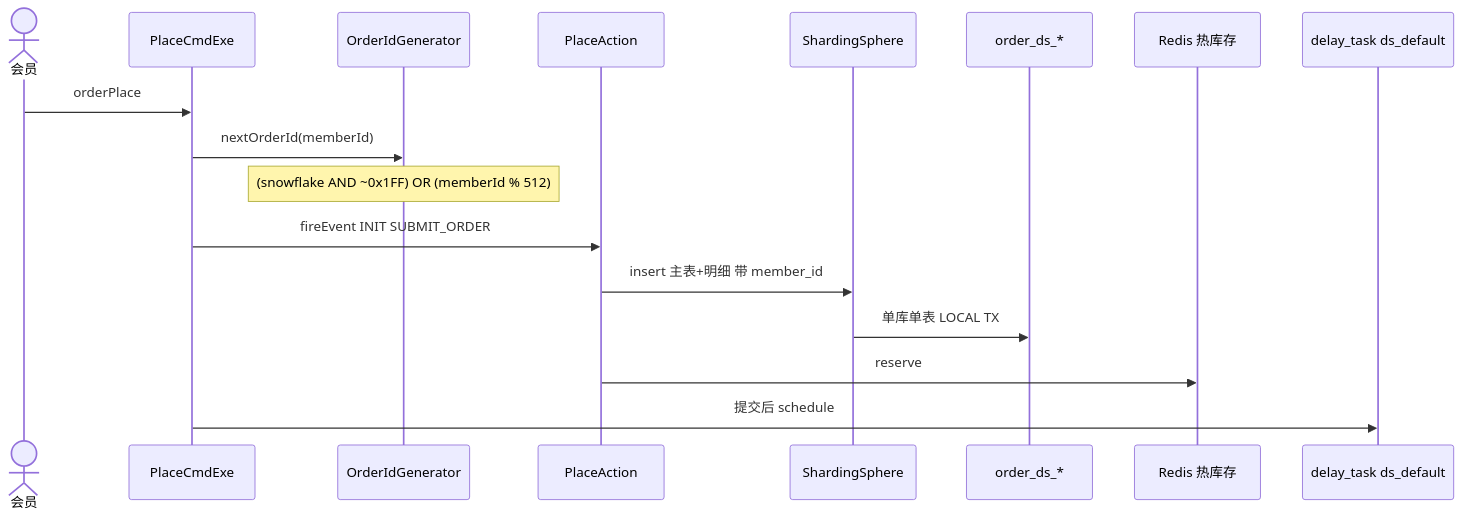
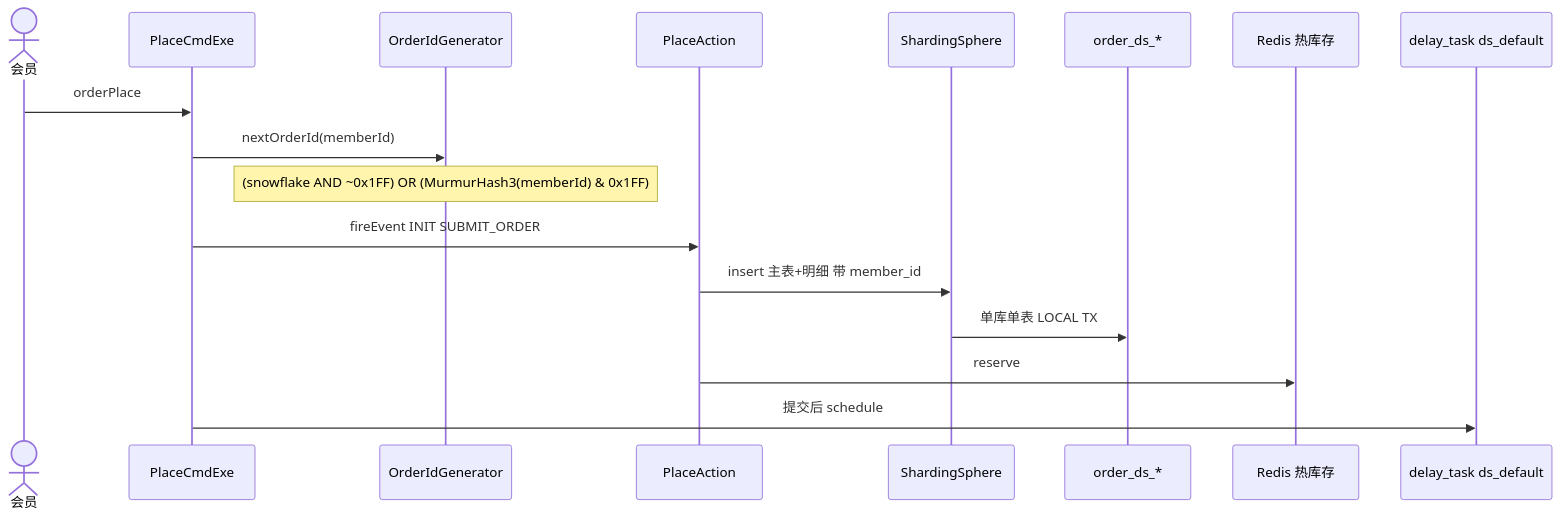
Before and after one commit to jasonsoso/spring-ai-demo: the fourth of 4 diagrams in demo2/docs/superpowers/specs/2026-08-30-order-sharding-gene-design.md, drawn with Mermaid. The commit also changed other lines of this file and 19 other files, not shown here.

````diff
--- a/demo2/docs/superpowers/specs/2026-08-30-order-sharding-gene-design.md
+++ b/demo2/docs/superpowers/specs/2026-08-30-order-sharding-gene-design.md
@@ -301,20 +303,20 @@
 ```mermaid
 sequenceDiagram
   actor U as 会员
   participant C as PlaceCmdExe
   participant G as OrderIdGenerator
   participant A as PlaceAction
   participant SS as ShardingSphere
   participant DB as order_ds_*
   participant R as Redis 热库存
   participant D as delay_task ds_default
 
   U->>C: orderPlace
   C->>G: nextOrderId(memberId)
-  Note over G: (snowflake AND ~0x1FF) OR (memberId % 512)
+  Note over G: (snowflake AND ~0x1FF) OR (MurmurHash3(memberId) & 0x1FF)
   C->>A: fireEvent INIT SUBMIT_ORDER
   A->>SS: insert 主表+明细 带 member_id
   SS->>DB: 单库单表 LOCAL TX
   A->>R: reserve
   C->>D: 提交后 schedule
 ```
````
